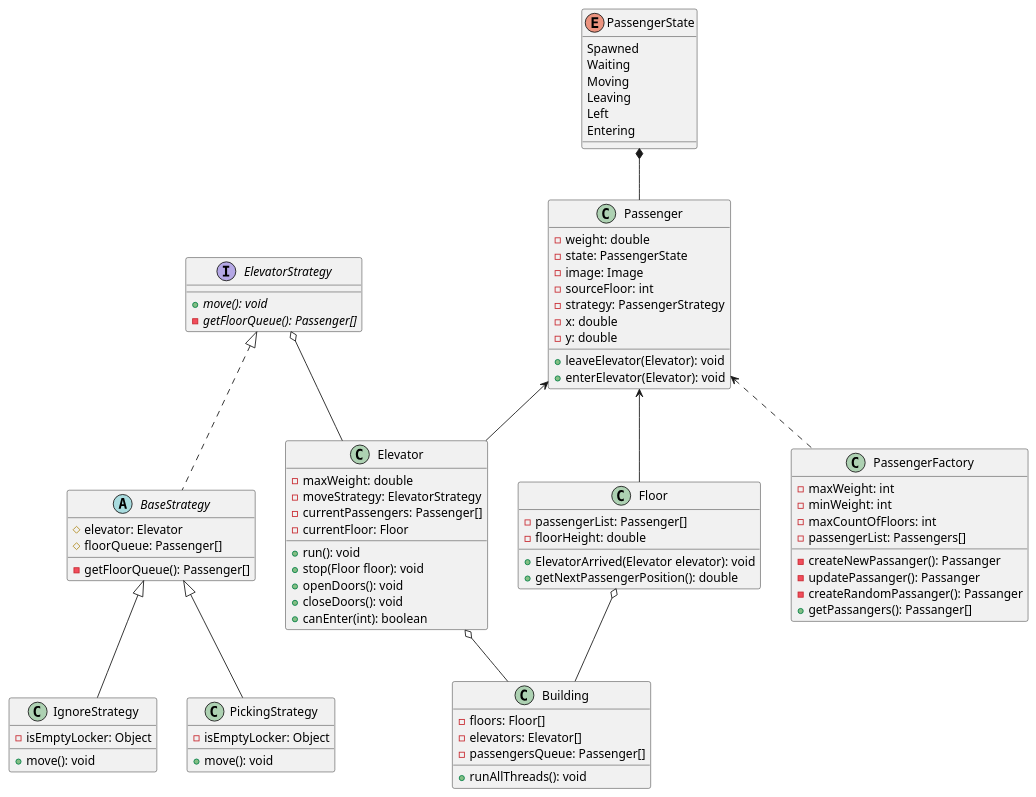
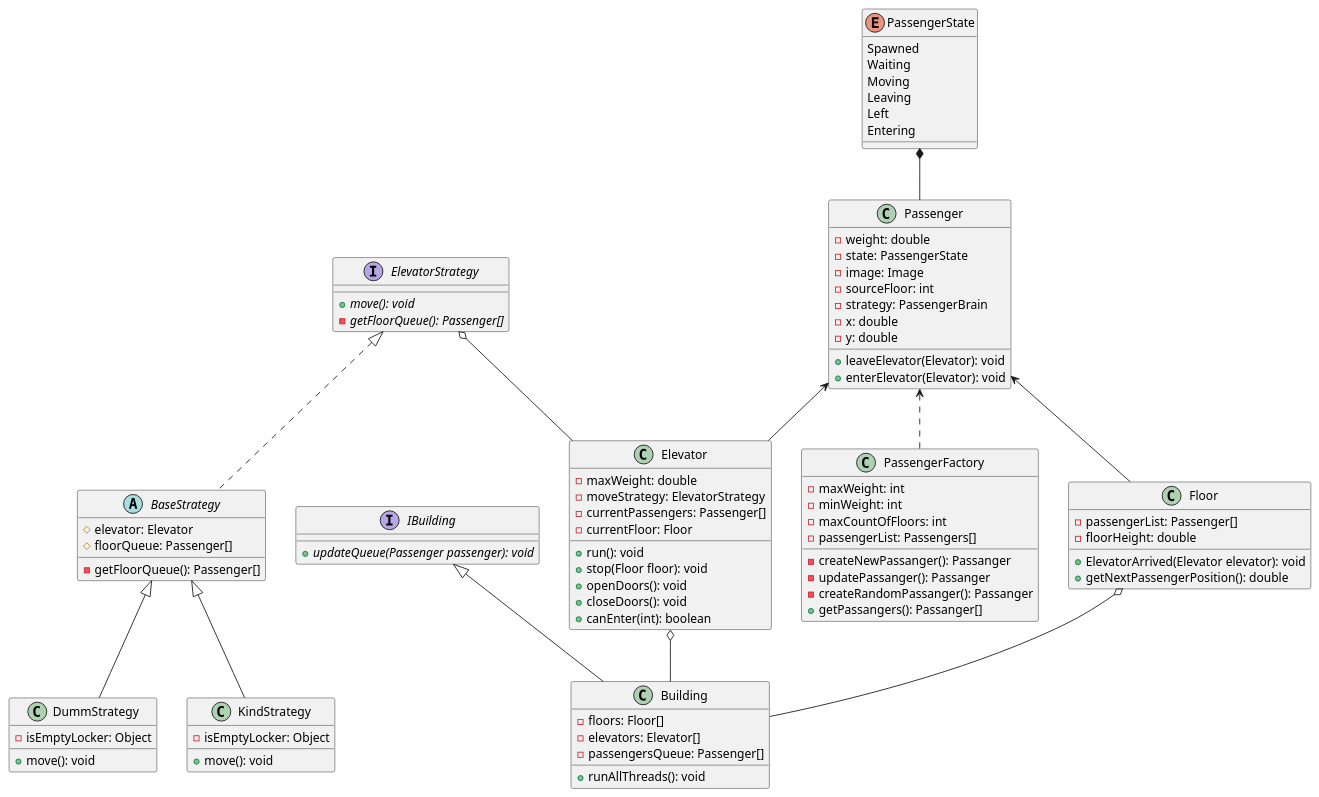
Before and after one commit to OlehMatsevych/ElevatorSimulator: the diagram in ElevatorSystem.puml, drawn with PlantUML. The commit also changed 6 other files, not shown here.

Commit message:
Delete interfaces useless and change diagram

```diff
--- a/ElevatorSystem.puml
+++ b/ElevatorSystem.puml
@@ -1,105 +1,109 @@
 @startuml ElevatorSystem
 
 
+interface IBuilding
+{
+    +{abstract} updateQueue(Passenger passenger): void
+}
 class Building
 {
     -floors: Floor[]
     -elevators: Elevator[]
     -passengersQueue: Passenger[]
     +runAllThreads(): void
 }
 
 class Elevator
 {
     -maxWeight: double
     -moveStrategy: ElevatorStrategy
     -currentPassengers: Passenger[]
     -currentFloor: Floor
     +run(): void
     +stop(Floor floor): void
     +openDoors(): void
     +closeDoors(): void
     +canEnter(int): boolean
 }
 
 interface ElevatorStrategy
 {
     +{abstract} move(): void
     -{abstract} getFloorQueue(): Passenger[]
 }
 
 abstract BaseStrategy 
 {
     #elevator: Elevator 
     #floorQueue: Passenger[] 
     -getFloorQueue(): Passenger[]
 }
 
-class IgnoreStrategy  
+class DummStrategy  
 {
     -isEmptyLocker: Object
     +move(): void
 }
 
-class PickingStrategy  
+class KindStrategy  
 {
     -isEmptyLocker: Object
     +move(): void
 }
 
 
 class Floor 
 {
     -passengerList: Passenger[]
     -floorHeight: double
     +ElevatorArrived(Elevator elevator): void
     +getNextPassengerPosition(): double
 }
 
 enum PassengerState
 {
     Spawned
     Waiting
     Moving
     Leaving
     Left
     Entering
 }
 
 class Passenger
 {
     -weight: double
     -state: PassengerState
     -image: Image
     -sourceFloor: int
-    -strategy: PassengerStrategy
+    -strategy: PassengerBrain
     -x: double
     -y: double
     +leaveElevator(Elevator): void
     +enterElevator(Elevator): void
 }
 
 class PassengerFactory
 {
     -maxWeight: int
     -minWeight: int
     -maxCountOfFloors: int
     -passengerList: Passengers[]
     -createNewPassanger(): Passanger
     -updatePassanger(): Passanger
     -createRandomPassanger(): Passanger
     +getPassangers(): Passanger[]
 }
-
+IBuilding <|-- Building
 Passenger <.. PassengerFactory
 PassengerState *-- Passenger
 Passenger <-- Floor
 Passenger <-- Elevator
 Floor o-- Building
 Elevator o-- Building
 ElevatorStrategy o-- Elevator
 ElevatorStrategy <|.. BaseStrategy
-BaseStrategy <|-- IgnoreStrategy
-BaseStrategy <|-- PickingStrategy
+BaseStrategy <|-- DummStrategy
+BaseStrategy <|-- KindStrategy
 
 @enduml
```
